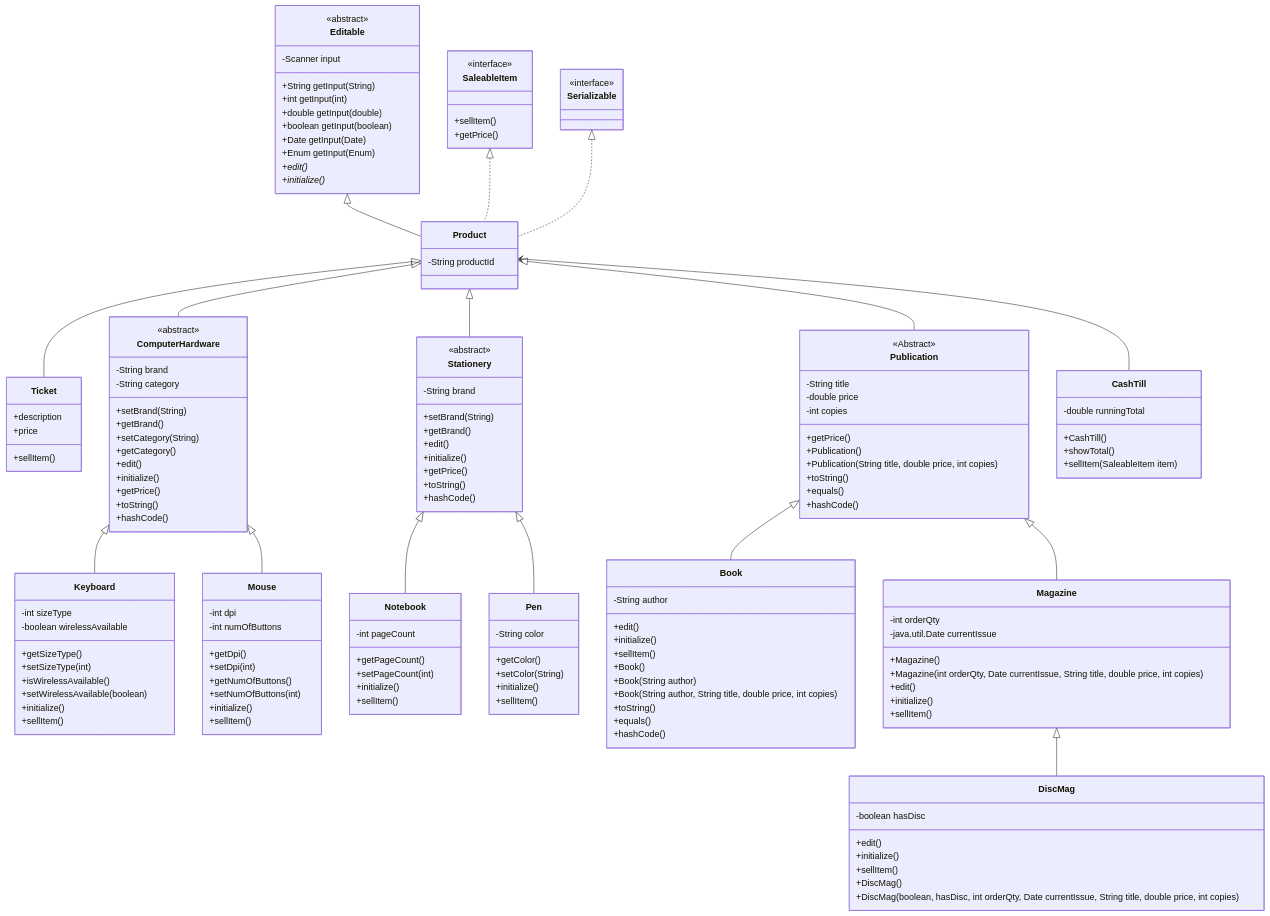
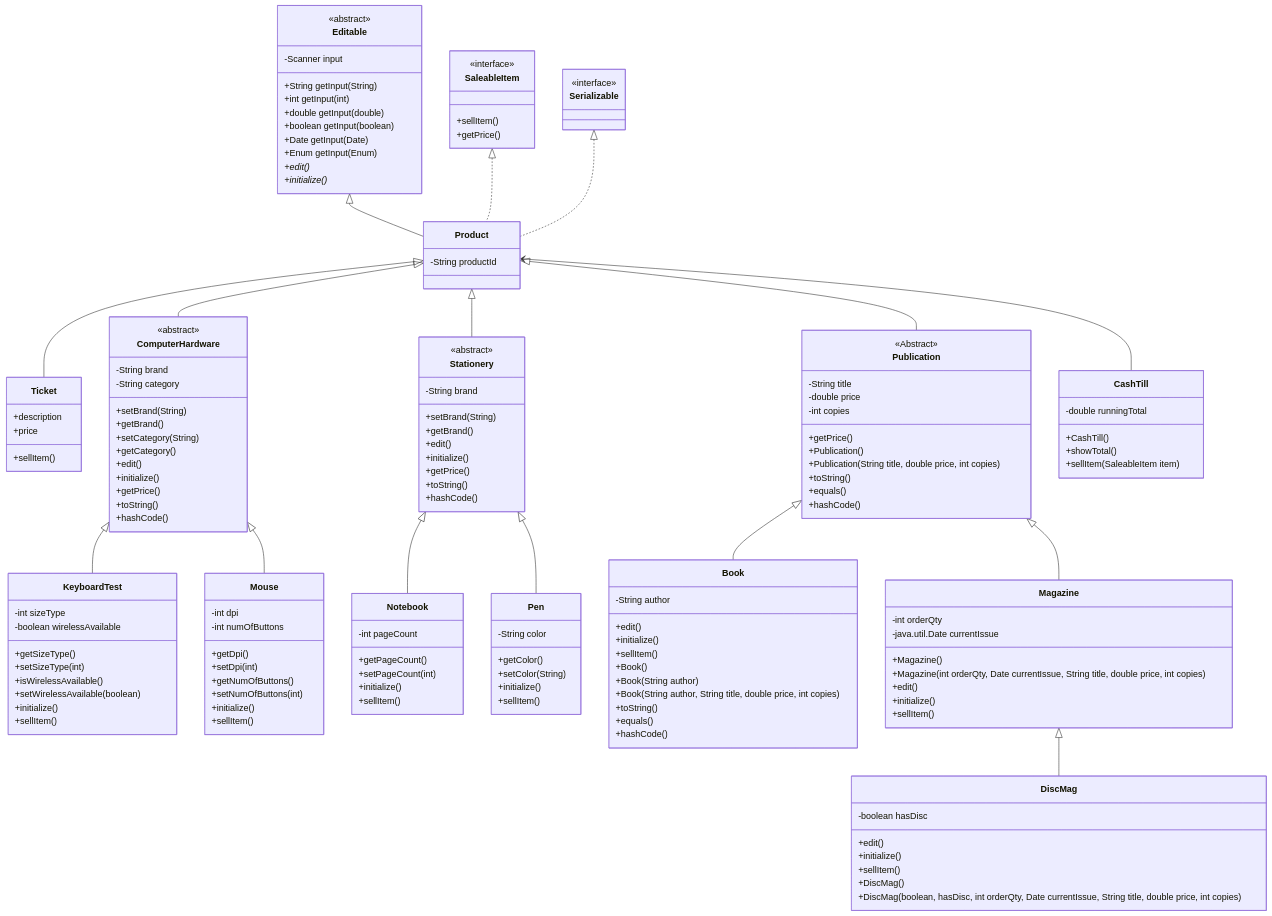
Before and after one commit to Kaos620/bookstore-2025-12-04: the diagram in documentation/bookstore.f25-2025-11-17-211001.mmd, drawn with Mermaid. The commit also changed 5 other files, not shown here.

```diff
--- a/documentation/bookstore.f25-2025-11-17-211001.mmd
+++ b/documentation/bookstore.f25-2025-11-17-211001.mmd
@@ -1,169 +1,169 @@
 classDiagram
     Editable <|--Product
     Product <|--Ticket
     Product <|--Publication
     Product <|-- Stationery
     Product <|-- ComputerHardware
-    ComputerHardware <|-- Keyboard
+    ComputerHardware <|-- KeyboardTest
     ComputerHardware <|-- Mouse
     Stationery <|-- Notebook
     Stationery <|-- Pen
     Publication <|-- Book
     Publication <|-- Magazine
     Magazine <|-- DiscMag
     SaleableItem <|.. Product
     Serializable <|.. Product
     Product <-- CashTill
 
     class Product{
         -String productId
     }
 
     class Serializable{
         <<interface>>
     }
     class Ticket{
         +description
         +price
         +sellItem()
     }
     class Editable{
         <<abstract>>
         -Scanner input
         +String getInput(String)
         +int getInput(int)
         +double getInput(double)
         +boolean getInput(boolean)
         +Date getInput(Date)
         +Enum getInput(Enum)
         +edit()*
         +initialize()*
 
     }
     class Publication{
         <<Abstract>>
         -String title
         -double price
         -int copies
         +getPrice()
 
         +Publication()
         +Publication(String title, double price, int copies)
         +toString()
         +equals()
         +hashCode()
 
     }
     class Book{
         -String author
         +edit()
         +initialize()
         +sellItem()
 
         +Book()
         +Book(String author)
         +Book(String author, String title, double price, int copies)
         +toString()
         +equals()
         +hashCode()
 
     }
     class Magazine{
         -int orderQty
         -java.util.Date currentIssue
 
         +Magazine()
         +Magazine(int orderQty, Date currentIssue, String title, double price, int copies)
 
         +edit()
         +initialize()
         +sellItem()
     }
     class DiscMag{
         -boolean hasDisc
         +edit()
         +initialize()
         +sellItem()
 
         +DiscMag()
         +DiscMag(boolean, hasDisc, int orderQty, Date currentIssue, String title, double price, int copies)
 
     }
     class CashTill{
         -double runningTotal
         +CashTill()
         +showTotal()
         +sellItem(SaleableItem item)
     }
 
     class Stationery{
         <<abstract>>
         -String brand
         +setBrand(String)
         +getBrand()
         +edit()
         +initialize()
         +getPrice()
         +toString()
         +hashCode()
     }
 
     class Notebook{
         -int pageCount
         +getPageCount()
         +setPageCount(int)
         +initialize()
         +sellItem()
     }
 
     class Pen{
         -String color
         +getColor()
         +setColor(String)
         +initialize()
         +sellItem()
     }
 
     class ComputerHardware{
         <<abstract>>
         -String brand
         -String category
         +setBrand(String)
         +getBrand()
         +setCategory(String)
         +getCategory()
         +edit()
         +initialize()
         +getPrice()
         +toString()
         +hashCode()
     }
 
-    class Keyboard{
+    class KeyboardTest{
         -int sizeType
         -boolean wirelessAvailable
         +getSizeType()
         +setSizeType(int)
         +isWirelessAvailable()
         +setWirelessAvailable(boolean)
         +initialize()
         +sellItem()
     }
 
     class Mouse{
         -int dpi
         -int numOfButtons
         +getDpi()
         +setDpi(int)
         +getNumOfButtons()
         +setNumOfButtons(int)
         +initialize()
         +sellItem()
     }
 
     class SaleableItem {
         <<interface>>
         +sellItem()
         +getPrice()
 
     }
```
